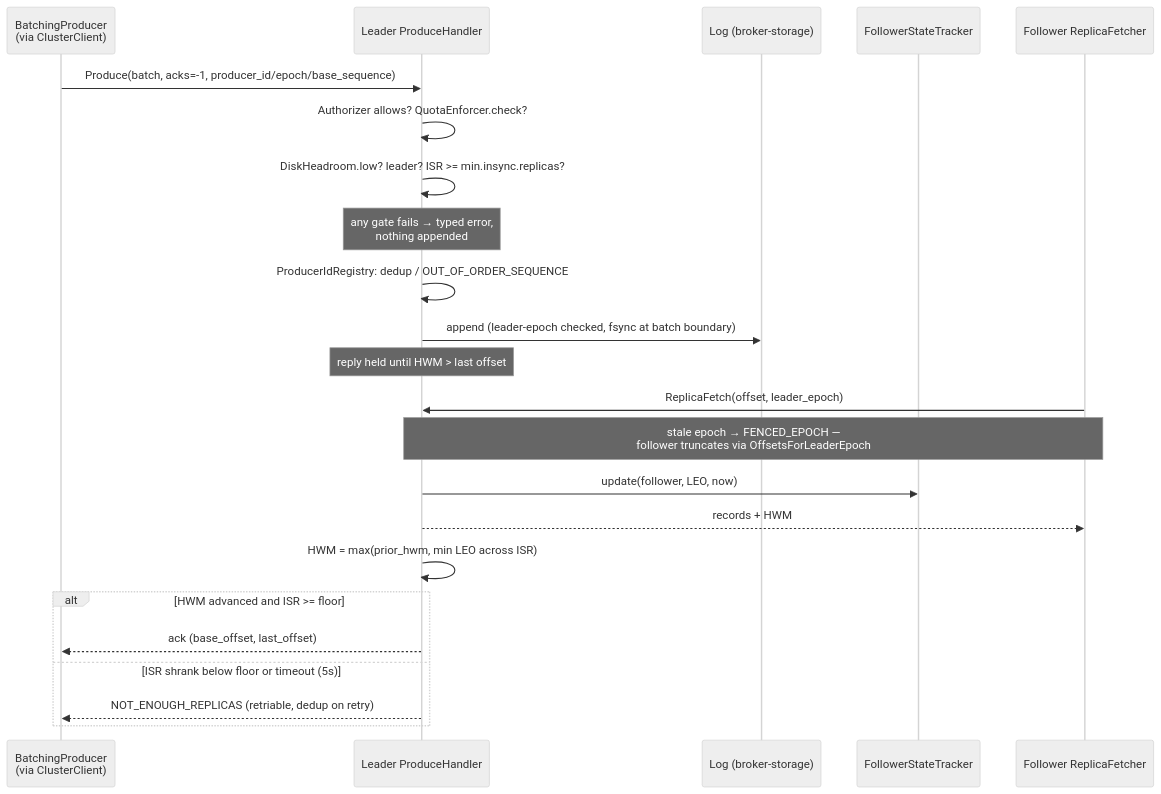
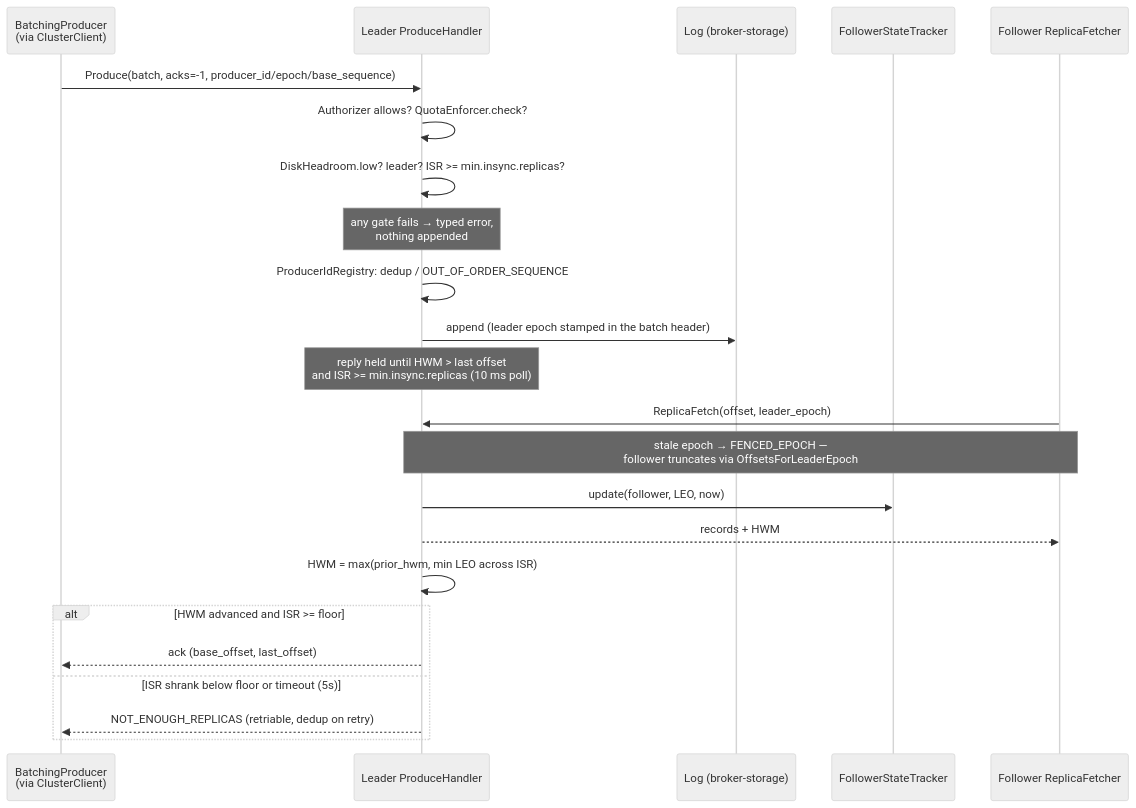
One commit to jeremainecheong/j-broker changed the third of 6 diagrams in docs/architecture/README.md. Above: the diagram before and after it, drawn with Mermaid (neutral theme). The commit also changed other lines of this file and 1 other file, not shown here.

Commit message:
docs: describe the acks=all wait as implemented
The replication wait is a 10 ms poll against a 5 s deadline with the
min-ISR floor re-checked every iteration — not a watermark-listener
future, which was sketched and never built. Also drop the claim of an
epoch check inside Log.append (the epoch is stamped, not checked,
there) and an unmeasured consume/produce multiplier.

````diff
--- a/docs/architecture/README.md
+++ b/docs/architecture/README.md
@@ -170,28 +169,28 @@
 ```mermaid
 sequenceDiagram
     participant P as BatchingProducer<br/>(via ClusterClient)
     participant L as Leader ProduceHandler
     participant Log as Log (broker-storage)
     participant FT as FollowerStateTracker
     participant F as Follower ReplicaFetcher
 
     P->>L: Produce(batch, acks=-1, producer_id/epoch/base_sequence)
     L->>L: Authorizer allows? QuotaEnforcer.check?
     L->>L: DiskHeadroom.low? leader? ISR >= min.insync.replicas?
     Note over L: any gate fails → typed error,<br/>nothing appended
     L->>L: ProducerIdRegistry: dedup / OUT_OF_ORDER_SEQUENCE
-    L->>Log: append (leader-epoch checked, fsync at batch boundary)
-    Note over L: reply held until HWM > last offset
+    L->>Log: append (leader epoch stamped in the batch header)
+    Note over L: reply held until HWM > last offset<br/>and ISR >= min.insync.replicas (10 ms poll)
 
     F->>L: ReplicaFetch(offset, leader_epoch)
     Note over L,F: stale epoch → FENCED_EPOCH —<br/>follower truncates via OffsetsForLeaderEpoch
     L->>FT: update(follower, LEO, now)
     L-->>F: records + HWM
     L->>L: HWM = max(prior_hwm, min LEO across ISR)
 
     alt HWM advanced and ISR >= floor
         L-->>P: ack (base_offset, last_offset)
     else ISR shrank below floor or timeout (5s)
         L-->>P: NOT_ENOUGH_REPLICAS (retriable, dedup on retry)
     end
 ```
````
